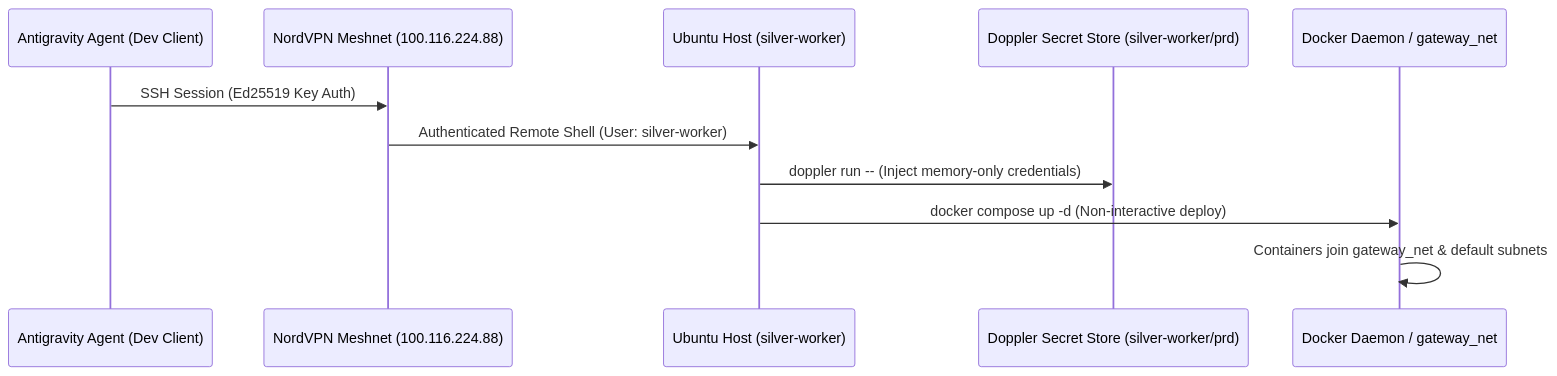
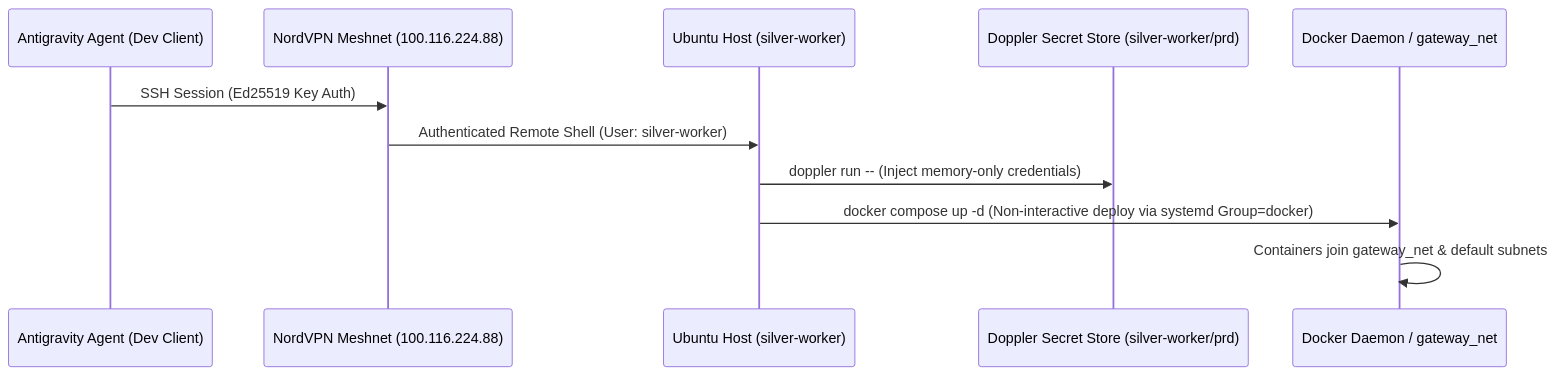
The fourth of 4 diagrams in planning/repo-map/ARCHITECTURE.md (victor-jaimes-puente/Local-N8n), drawn with Mermaid before and after one commit. The commit also changed other lines of this file and 16 other files, not shown here.

````diff
--- a/planning/repo-map/ARCHITECTURE.md
+++ b/planning/repo-map/ARCHITECTURE.md
@@ -252,14 +242,14 @@
 ```mermaid
 sequenceDiagram
     participant DevClient as Antigravity Agent (Dev Client)
     participant Meshnet as NordVPN Meshnet (100.116.224.88)
     participant HostOS as Ubuntu Host (silver-worker)
     participant Doppler as Doppler Secret Store (silver-worker/prd)
     participant Docker as Docker Daemon / gateway_net
 
     DevClient->>Meshnet: SSH Session (Ed25519 Key Auth)
     Meshnet->>HostOS: Authenticated Remote Shell (User: silver-worker)
     HostOS->>Doppler: doppler run -- (Inject memory-only credentials)
-    HostOS->>Docker: docker compose up -d (Non-interactive deploy)
+    HostOS->>Docker: docker compose up -d (Non-interactive deploy via systemd Group=docker)
     Docker->>Docker: Containers join gateway_net & default subnets
 ```
````
